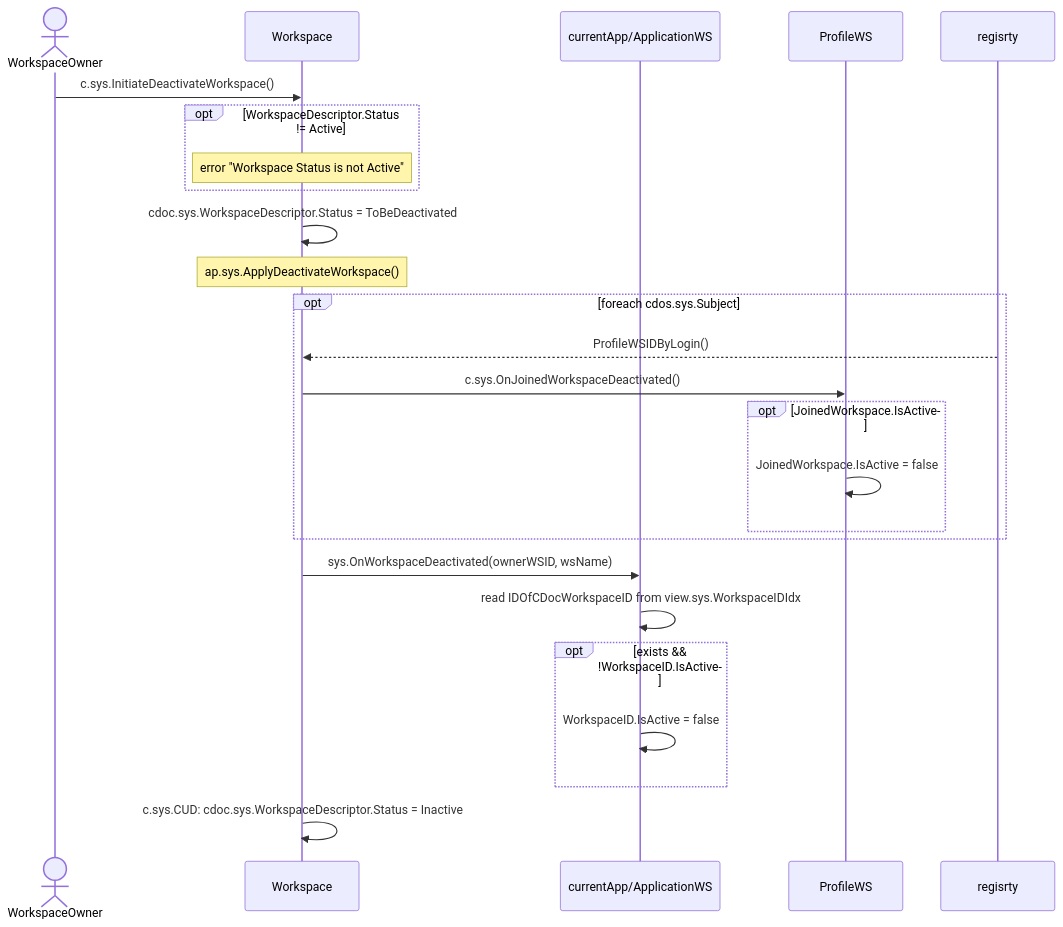
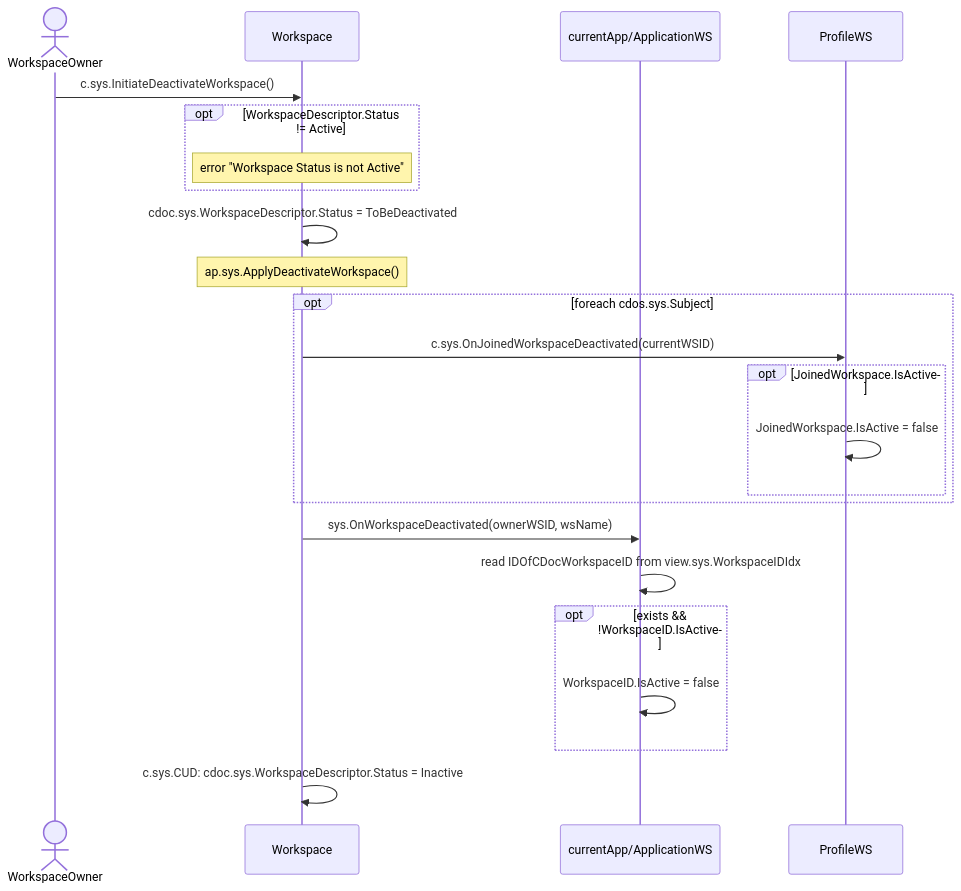
The diagram in design/workspaces/deactivate-workspace.md (voedger/voedger), drawn with Mermaid before and after one commit.

````diff
--- a/design/workspaces/deactivate-workspace.md
+++ b/design/workspaces/deactivate-workspace.md
@@ -25,34 +25,32 @@
 ```mermaid
     sequenceDiagram
 
     actor owner as WorkspaceOwner
     participant ws as Workspace
     participant appws as currentApp/ApplicationWS
     participant profile as ProfileWS
-    participant registry as regisrty
 
     owner ->> ws: c.sys.InitiateDeactivateWorkspace()
     opt WorkspaceDescriptor.Status != Active
       note over ws: error "Workspace Status is not Active"
     end
 
     ws ->> ws: cdoc.sys.WorkspaceDescriptor.Status = ToBeDeactivated
 
     note over ws: ap.sys.ApplyDeactivateWorkspace()
     opt foreach cdos.sys.Subject
-      registry -->> ws : ProfileWSIDByLogin()
-      ws ->> profile: c.sys.OnJoinedWorkspaceDeactivated()
+      ws ->> profile: c.sys.OnJoinedWorkspaceDeactivated(currentWSID)
       opt JoinedWorkspace.IsActive
         profile ->> profile: JoinedWorkspace.IsActive = false
       end
     end
 
     ws ->> appws: sys.OnWorkspaceDeactivated(ownerWSID, wsName)
     appws ->> appws: read IDOfCDocWorkspaceID from view.sys.WorkspaceIDIdx
     opt exists && !WorkspaceID.IsActive
       appws ->> appws: WorkspaceID.IsActive = false
     end
 
     ws ->> ws: c.sys.CUD: cdoc.sys.WorkspaceDescriptor.Status = Inactive
 
 ```
````
